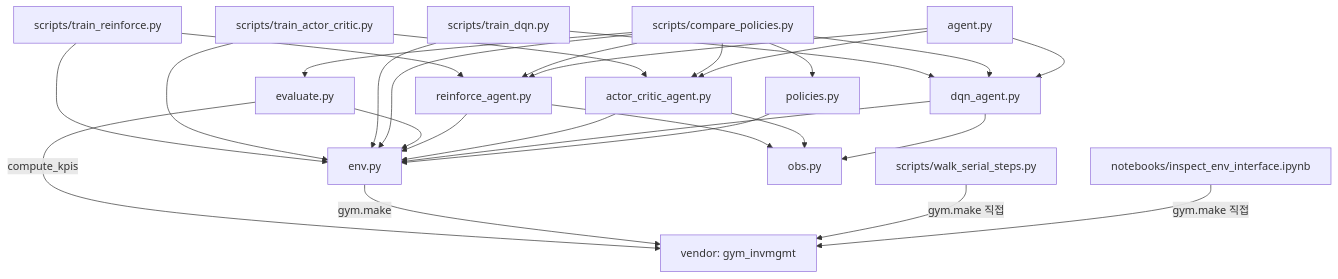
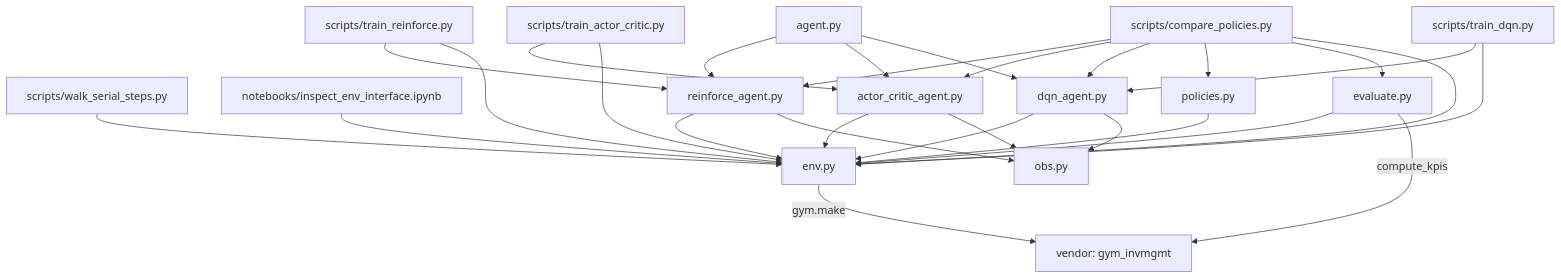
Before and after one commit to oksjjj/inventory-rl-project: the second of 2 diagrams in docs/file_structure.md, drawn with Mermaid. The commit also changed other lines of this file, not shown here.

Commit message:
Align environment diagrams with shared factory

````diff
--- a/docs/file_structure.md
+++ b/docs/file_structure.md
@@ -114,48 +114,48 @@
 ```mermaid
 flowchart TB
   train_rf["scripts/train_reinforce.py"]
   train_ac["scripts/train_actor_critic.py"]
   train_dqn["scripts/train_dqn.py"]
   cmp["scripts/compare_policies.py"]
   walk["scripts/walk_serial_steps.py"]
   nb["notebooks/inspect_env_interface.ipynb"]
 
   rf["reinforce_agent.py"]
   ac["actor_critic_agent.py"]
   dqn["dqn_agent.py"]
   pol["policies.py"]
   ev["evaluate.py"]
   obs["obs.py"]
   env["env.py"]
   agent["agent.py"]
 
   gym["vendor: gym_invmgmt"]
 
   train_rf --> rf
   train_rf --> env
   train_ac --> ac
   train_ac --> env
   train_dqn --> dqn
   train_dqn --> env
   cmp --> rf
   cmp --> ac
   cmp --> dqn
   cmp --> pol
   cmp --> ev
   cmp --> env
   ev --> env
   ev -->|"compute_kpis"| gym
   rf --> env
   rf --> obs
   ac --> env
   ac --> obs
   dqn --> env
   dqn --> obs
   pol --> env
   agent --> rf
   agent --> ac
   agent --> dqn
   env -->|"gym.make"| gym
-  walk -->|"gym.make 직접"| gym
-  nb -->|"gym.make 직접"| gym
+  walk --> env
+  nb --> env
 ```
````
